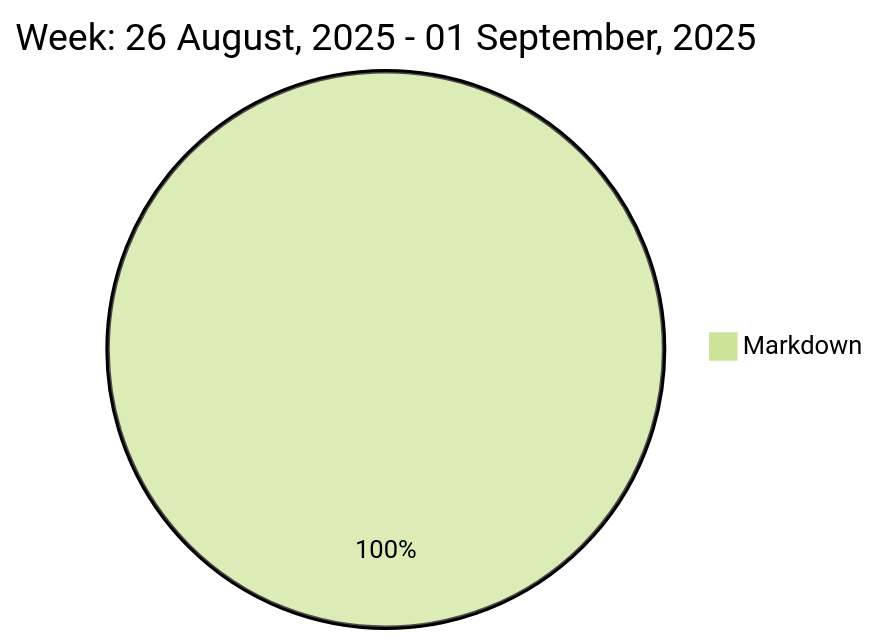
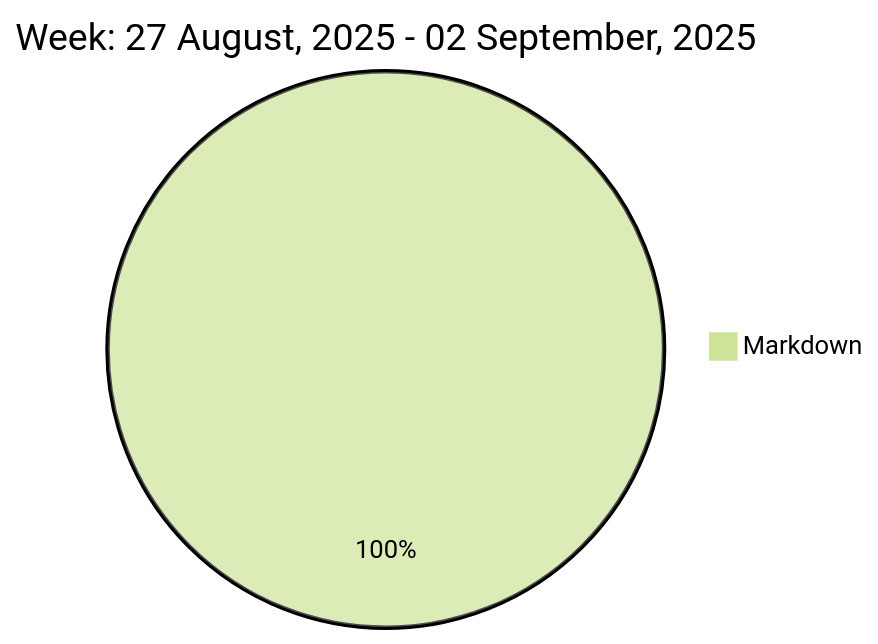
One commit to liubin95/liubin95 changed the diagram in README.md. Above: the diagram before and after it, drawn with Mermaid (forest theme).

Commit message:
Updated the Graph with new Metrics

````diff
--- a/README.md
+++ b/README.md
@@ -37,5 +37,5 @@
 ```mermaid
  pie
-title Week: 26 August, 2025 - 01 September, 2025
- "Markdown" : 2.5
+title Week: 27 August, 2025 - 02 September, 2025
+ "Markdown" : 2.07
 ```
````
